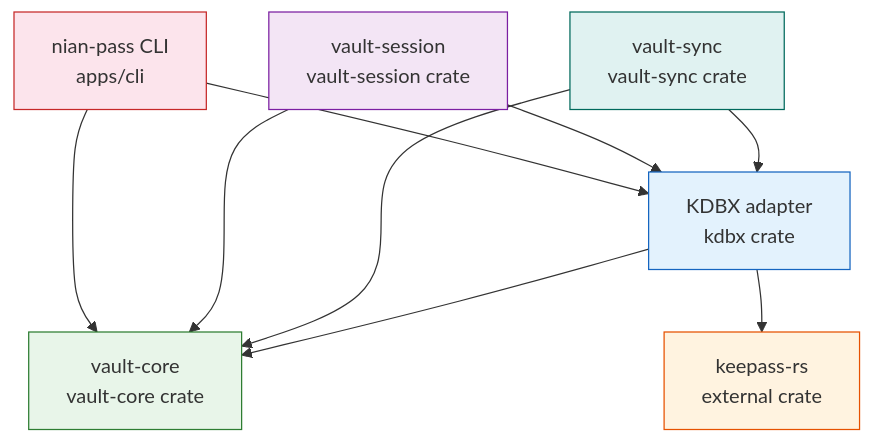
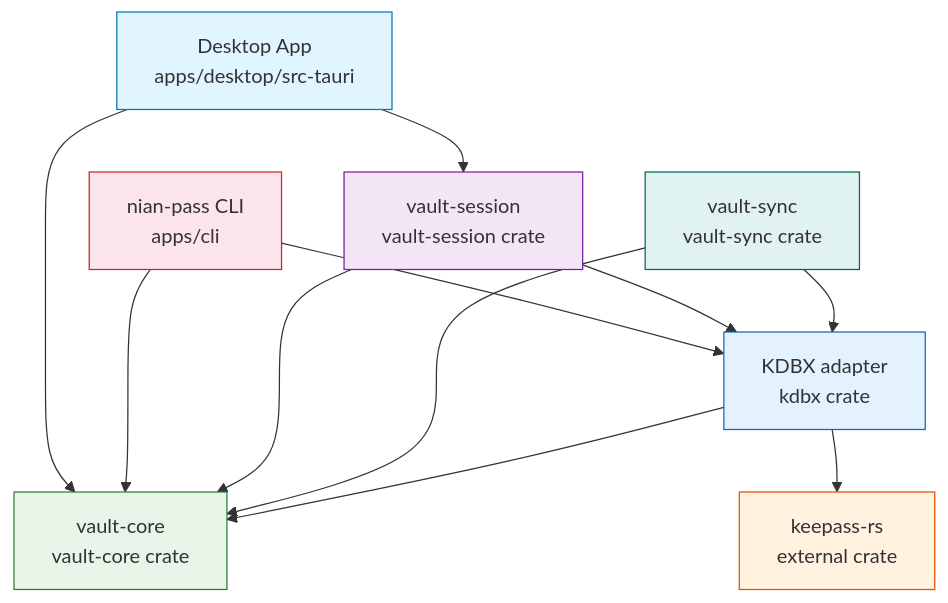
Before and after one commit to QuocDuong16/nian-pass: the diagram in openwiki/architecture/overview.md, drawn with Mermaid. The commit also changed other lines of this file and 5 other files, not shown here.

````diff
--- a/openwiki/architecture/overview.md
+++ b/openwiki/architecture/overview.md
@@ -14,25 +14,29 @@
 ```mermaid
 flowchart TD
+    DESKTOP["Desktop App\napps/desktop/src-tauri"]
     CLI["nian-pass CLI\napps/cli"]
     VS["vault-sync\nvault-sync crate"]
     VSESS["vault-session\nvault-session crate"]
     VC["vault-core\nvault-core crate"]
     KDBX["KDBX adapter\nkdbx crate"]
     KEEPASS["keepass-rs\nexternal crate"]
 
+    DESKTOP --> VSESS
+    DESKTOP --> VC
     CLI --> KDBX
     CLI --> VC
     VSESS --> KDBX
     VSESS --> VC
     VS --> KDBX
     VS --> VC
     KDBX --> VC
     KDBX --> KEEPASS
 
     style VC fill:#e8f5e9,stroke:#2e7d32
     style KDBX fill:#e3f2fd,stroke:#1565c0
     style KEEPASS fill:#fff3e0,stroke:#e65100
     style CLI fill:#fce4ec,stroke:#c62828
     style VSESS fill:#f3e5f5,stroke:#7b1fa2
     style VS fill:#e0f2f1,stroke:#00695c
+    style DESKTOP fill:#e1f5fe,stroke:#0277bd
 ```
````
